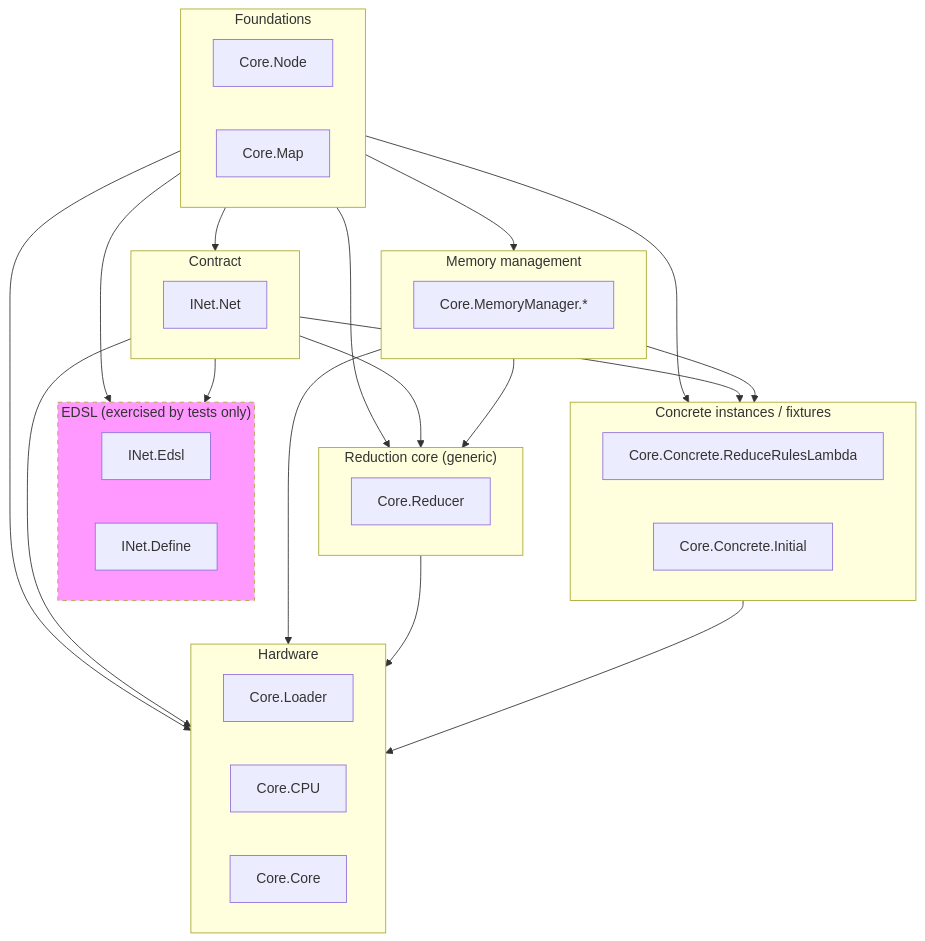
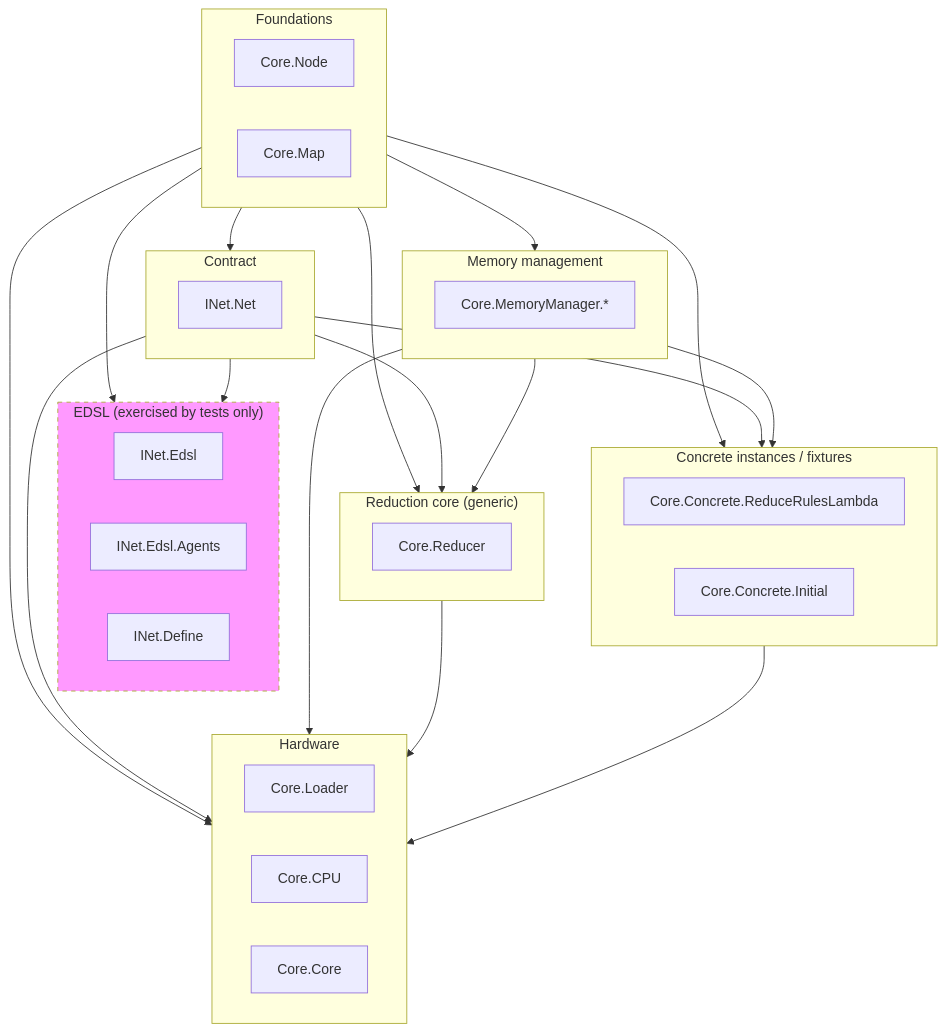
One commit to Lamagraph/interaction-nets-in-fpga changed the fifth of 6 diagrams in lamagraph-core/docs/architecture.md. Above: the diagram before and after it, drawn with Mermaid. The commit also changed other lines of this file and 11 other files, not shown here.

````diff
--- a/lamagraph-core/docs/architecture.md
+++ b/lamagraph-core/docs/architecture.md
@@ -182,47 +182,48 @@
 ```mermaid
 flowchart TD
     subgraph L1["Foundations"]
         Node["Core.Node"]
         Map["Core.Map"]
     end
     subgraph L2["Contract"]
         Net["INet.Net"]
     end
     subgraph L3["EDSL (exercised by tests only)"]
         Edsl["INet.Edsl"]
+        EdslAgents["INet.Edsl.Agents"]
         Define["INet.Define"]
     end
     subgraph L4["Memory management"]
         MM["Core.MemoryManager.*"]
     end
     subgraph L5["Reduction core (generic)"]
         Reducer["Core.Reducer"]
     end
     subgraph L6["Concrete instances / fixtures"]
         Rules["Core.Concrete.ReduceRulesLambda"]
         Initial["Core.Concrete.Initial"]
     end
     subgraph L7["Hardware"]
         Loader["Core.Loader"]
         CPU["Core.CPU"]
         Top["Core.Core"]
     end
 
     L1 --> L2
     L1 --> L3
     L1 --> L4
     L1 --> L5
     L1 --> L6
     L1 --> L7
     L2 --> L3
     L2 --> L5
     L2 --> L6
     L2 --> L7
     L4 --> L5
     L4 --> L6
     L4 --> L7
     L5 --> L7
     L6 --> L7
 
     style L3 fill:#f9f,stroke-dasharray: 5 5
 ```
````
